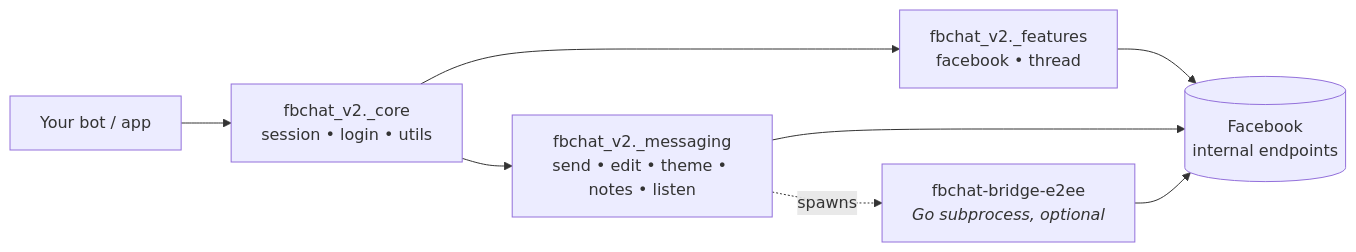
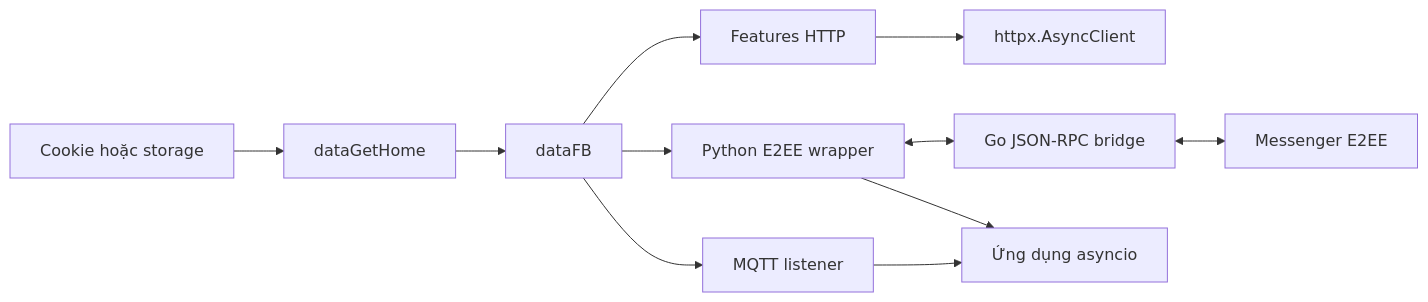
One commit to m008v/fbchat-v2 changed the diagram in README.md. Above: the diagram before and after it, drawn with Mermaid. The commit also changed other lines of this file and 48 other files, not shown here.

````diff
--- a/README.md
+++ b/README.md
@@ -484,10 +104,13 @@
 ```mermaid
 flowchart LR
-    A[Your bot / app] --> B[fbchat_v2._core<br/>session • login • utils]
-    B --> C[fbchat_v2._features<br/>facebook • thread]
-    B --> D[fbchat_v2._messaging<br/>send • edit • theme • notes • listen]
-    D -.spawns.-> E[fbchat-bridge-e2ee<br/><i>Go subprocess, optional</i>]
-    C --> F[(Facebook<br/>internal endpoints)]
-    D --> F
-    E --> F
+    A[Cookie hoặc storage] --> B[dataGetHome]
+    B --> C[dataFB]
+    C --> D[Features HTTP]
+    D --> E[httpx.AsyncClient]
+    C --> F[MQTT listener]
+    C --> G[Python E2EE wrapper]
+    G <--> H[Go JSON-RPC bridge]
+    H <--> I[Messenger E2EE]
+    F --> J[Ứng dụng asyncio]
+    G --> J
 ```
````
